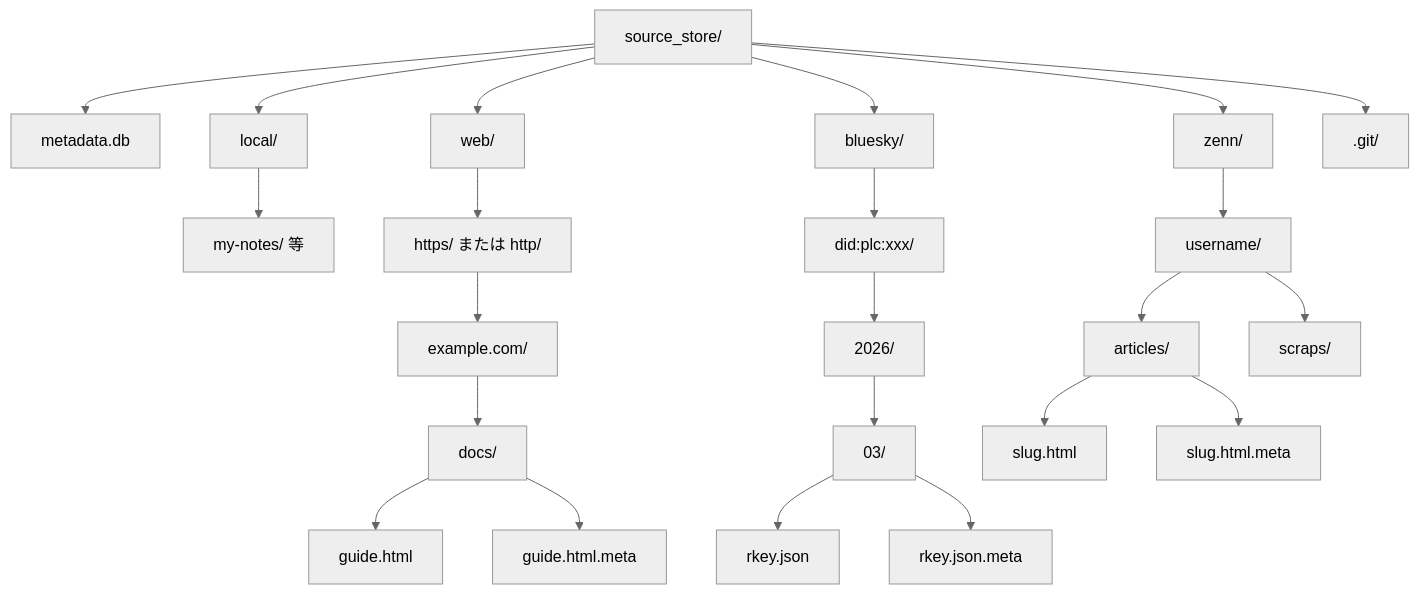
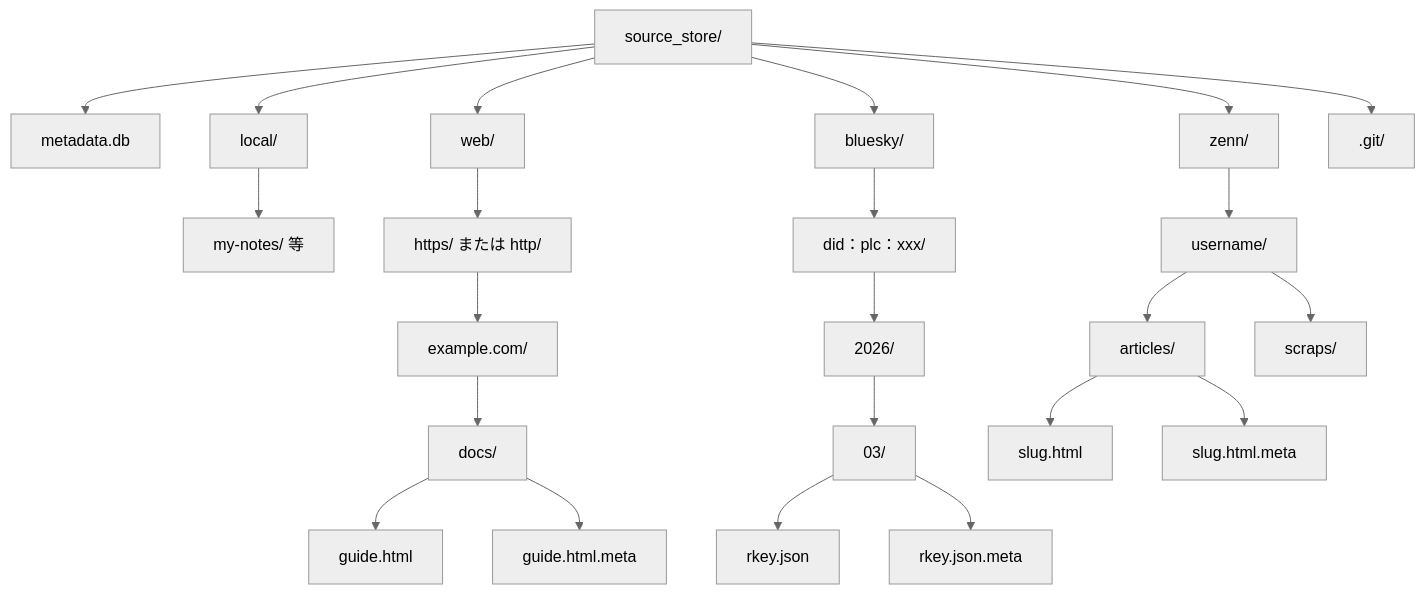
One commit to becky3/rag-knowledge changed the diagram in docs/specs/source-store.md. Above: the diagram before and after it, drawn with Mermaid (neutral theme). The commit also changed 1 other file, not shown here.

Commit message:
docs(ingesters): BlueSky インジェスター仕様書を新規作成 (#266)

````diff
--- a/docs/specs/source-store.md
+++ b/docs/specs/source-store.md
@@ -107,27 +107,27 @@
 ```mermaid
 flowchart TD
     SS["source_store/"]
     SS --> META_DB["metadata.db"]
     SS --> LOCAL["local/"]
     SS --> WEB["web/"]
     SS --> BS["bluesky/"]
     SS --> ZENN["zenn/"]
     SS --> DOT_GIT[".git/"]
 
     LOCAL --> L_USER["my-notes/ 等"]
     WEB --> W_PROTO["https/ または http/"]
     W_PROTO --> W_DOMAIN["example.com/"]
     W_DOMAIN --> W_PATH["docs/"]
     W_PATH --> W_FILE["guide.html"]
     W_PATH --> W_META["guide.html.meta"]
-    BS --> BS_DID["did:plc:xxx/"]
+    BS --> BS_DID["did：plc：xxx/"]
     BS_DID --> BS_YEAR["2026/"]
     BS_YEAR --> BS_MONTH["03/"]
     BS_MONTH --> BS_POST["rkey.json"]
     BS_MONTH --> BS_POST_META["rkey.json.meta"]
     ZENN --> Z_USER["username/"]
     Z_USER --> Z_ART["articles/"]
     Z_USER --> Z_SCR["scraps/"]
     Z_ART --> Z_SLUG["slug.html"]
     Z_ART --> Z_SLUG_META["slug.html.meta"]
 ```
````
